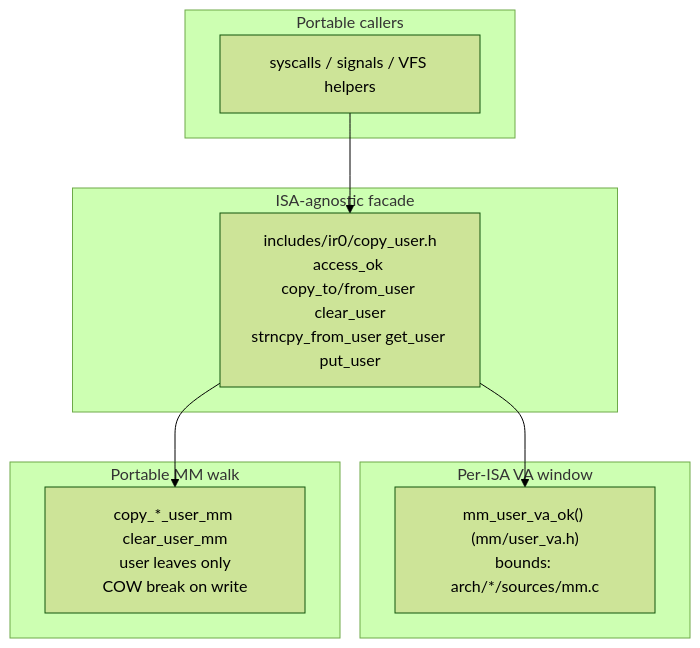
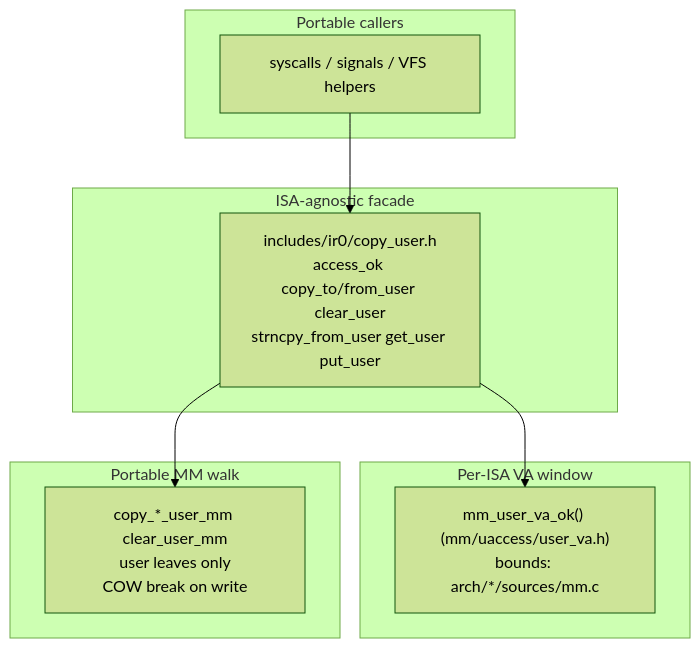
Before and after one commit to IRodriguez13/IR0: the diagram in Documentation/uaccess.md, drawn with Mermaid (forest theme). The commit also changed other lines of this file and 18 other files, not shown here.

````diff
--- a/Documentation/uaccess.md
+++ b/Documentation/uaccess.md
@@ -36,17 +36,17 @@
 ```mermaid
 flowchart TB
   subgraph callers [Portable callers]
     Sys[syscalls / signals / VFS helpers]
   end
   subgraph facade [ISA-agnostic facade]
     CU["includes/ir0/copy_user.h<br/>access_ok copy_to/from_user clear_user<br/>strncpy_from_user get_user put_user"]
   end
   subgraph isa [Per-ISA VA window]
-    VA["mm_user_va_ok() (mm/user_va.h)<br/>bounds: arch/*/sources/mm.c"]
+    VA["mm_user_va_ok() (mm/uaccess/user_va.h)<br/>bounds: arch/*/sources/mm.c"]
   end
   subgraph mm [Portable MM walk]
     REG["copy_*_user_mm clear_user_mm<br/>user leaves only<br/>COW break on write"]
   end
   Sys --> CU --> VA
   CU --> REG
 ```
````
